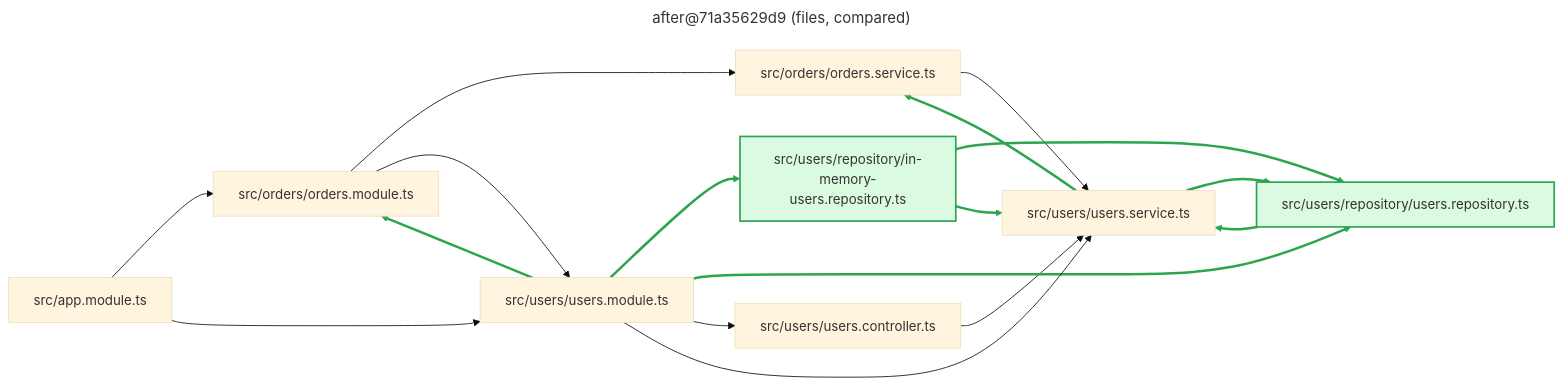
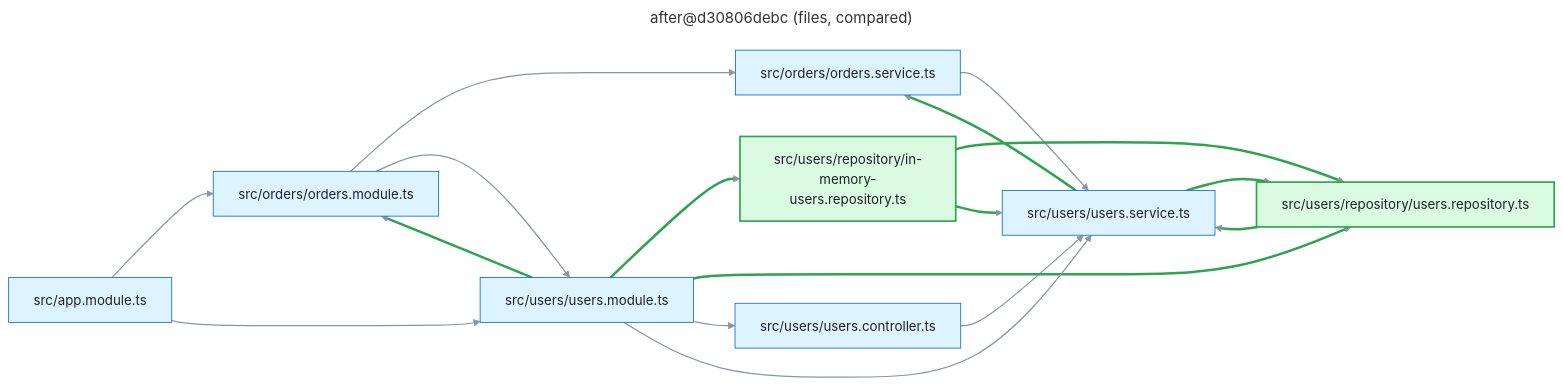
Before and after one commit to FullFran/archsieve: the diagram in examples/nest-shop/files-compare.mmd, drawn with Mermaid (base theme). The commit also changed 12 other files, not shown here.

First line of the commit message:
fix(render): give Mermaid views explicit colours readable on light and dark themes

```diff
--- a/examples/nest-shop/files-compare.mmd
+++ b/examples/nest-shop/files-compare.mmd
@@ -1,38 +1,42 @@
 ---
-title: after@71a35629d9 (files, compared)
+title: after@d30806debc (files, compared)
 ---
 flowchart LR
-  n0["src/app.module.ts"]
-  n1["src/orders/orders.module.ts"]
-  n2["src/orders/orders.service.ts"]
+  n0["src/app.module.ts"]:::code
+  n1["src/orders/orders.module.ts"]:::code
+  n2["src/orders/orders.service.ts"]:::code
   n3["src/users/repository/in-memory-users.repository.ts"]:::added
   n4["src/users/repository/users.repository.ts"]:::added
-  n5["src/users/users.controller.ts"]
-  n6["src/users/users.module.ts"]
-  n7["src/users/users.service.ts"]
+  n5["src/users/users.controller.ts"]:::code
+  n6["src/users/users.module.ts"]:::code
+  n7["src/users/users.service.ts"]:::code
   n0 --> n1
   n0 --> n6
   n1 --> n2
   n1 --> n6
   n2 --> n7
   n3 --> n4
   n3 --> n7
   n4 --> n7
   n5 --> n7
   n6 --> n1
   n6 --> n3
   n6 --> n4
   n6 --> n5
   n6 --> n7
   n7 --> n2
   n7 --> n4
+  linkStyle default stroke:#8c959f,stroke-width:1.5px
   linkStyle 5 stroke:#2da44e,stroke-width:3px
   linkStyle 6 stroke:#2da44e,stroke-width:3px
   linkStyle 7 stroke:#2da44e,stroke-width:3px
   linkStyle 9 stroke:#2da44e,stroke-width:3px
   linkStyle 10 stroke:#2da44e,stroke-width:3px
   linkStyle 11 stroke:#2da44e,stroke-width:3px
   linkStyle 14 stroke:#2da44e,stroke-width:3px
   linkStyle 15 stroke:#2da44e,stroke-width:3px
-  classDef added fill:#dafbe1,stroke:#2da44e,stroke-width:2px
-  classDef removed fill:#ffebe9,stroke:#cf222e,stroke-dasharray:4 3
+  classDef code fill:#ddf4ff,stroke:#0969da,color:#1f2328
+  classDef external fill:#fff8c5,stroke:#9a6700,color:#1f2328
+  classDef module fill:#fbefff,stroke:#8250df,color:#1f2328
+  classDef added fill:#dafbe1,stroke:#2da44e,stroke-width:2px,color:#1f2328
+  classDef removed fill:#ffebe9,stroke:#cf222e,stroke-dasharray:4 3,color:#1f2328
```
